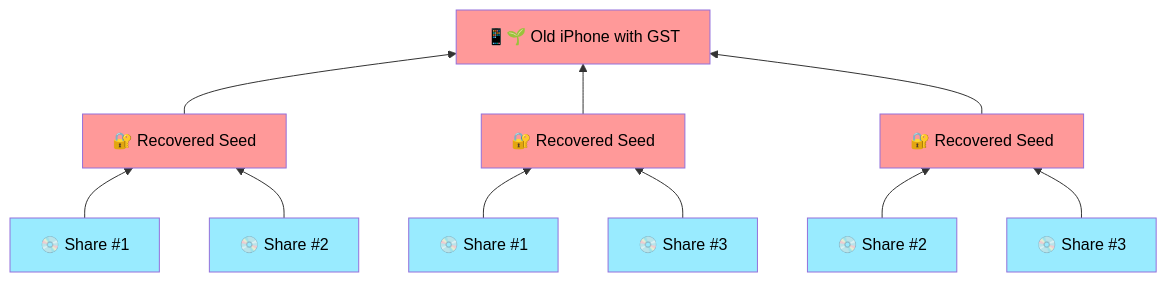
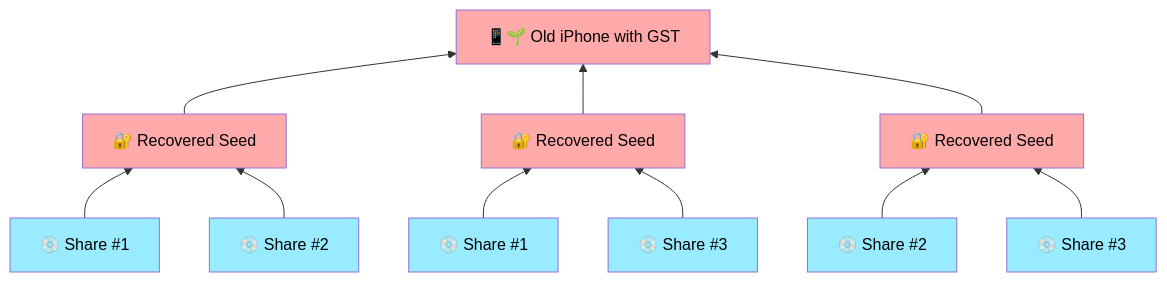
Before and after one commit to BlockchainCommons/SmartCustody: diagram 18 of 27 in Docs/Scenario-Multisig.md, drawn with Mermaid. The commit also changed other lines of this file, not shown here.

````diff
--- a/Docs/Scenario-Multisig.md
+++ b/Docs/Scenario-Multisig.md
@@ -604,34 +604,34 @@
 ```mermaid
     graph BT;
     A["📱🌱 Old iPhone with GST"]
     B["🔐 Recovered Seed"]
     C["💿 Share #1"]
     D["💿 Share #2"]
     E["🔐 Recovered Seed"]
     F["💿 Share #1"]
     G["💿 Share #3"]
     H["🔐 Recovered Seed"]
     I["💿 Share #2"]
     J["💿 Share #3"]
     
     B-->A
     E-->A
     H-->A
     C-->B
     D-->B
     F-->E
     G-->E
     I-->H
     J-->H
 
-    style A color:#000,fill:#ff9999;
-    style B color:#000,fill:#ff9999;
+    style A color:#000,fill:#ffaaaa;
+    style B color:#000,fill:#ffaaaa;
     style C color:#000,fill:#99ebff;
     style D color:#000,fill:#99ebff;
-    style E color:#000,fill:#ff9999;
+    style E color:#000,fill:#ffaaaa;
     style F color:#000,fill:#99ebff;
     style G color:#000,fill:#99ebff;
-    style H color:#000,fill:#ff9999;
+    style H color:#000,fill:#ffaaaa;
     style I color:#000,fill:#99ebff;
     style J color:#000,fill:#99ebff;
 ```
````
